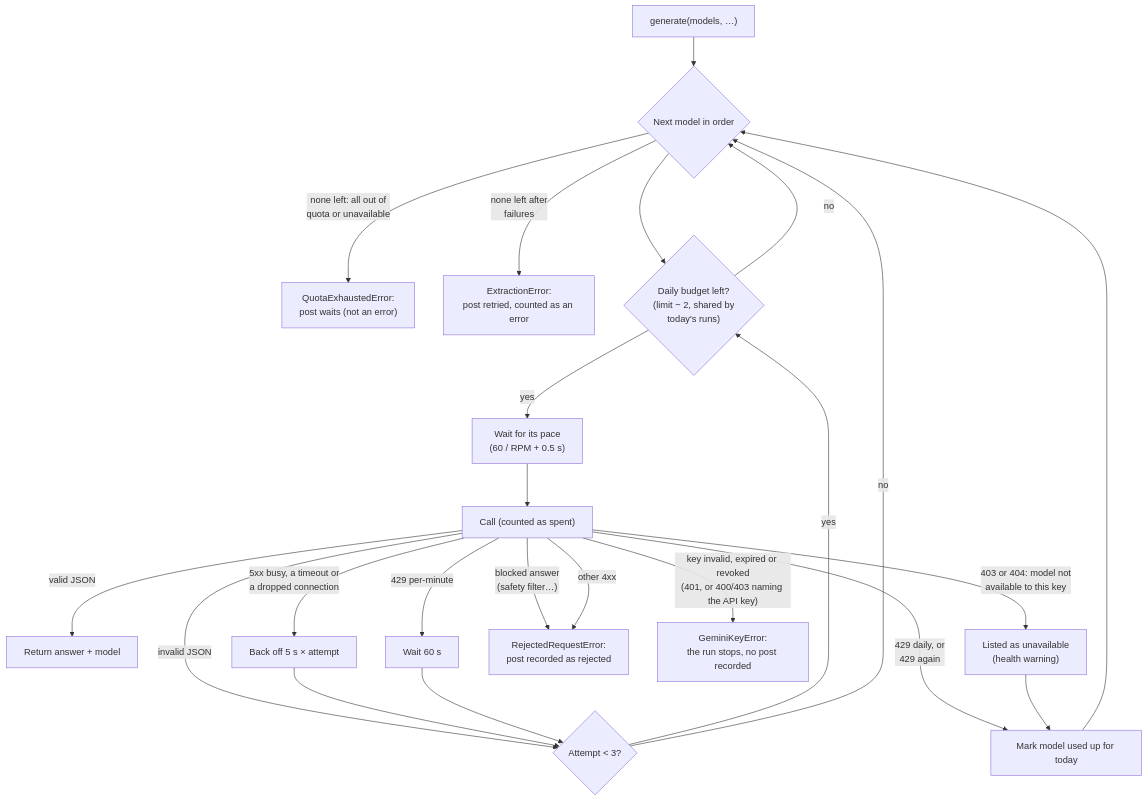
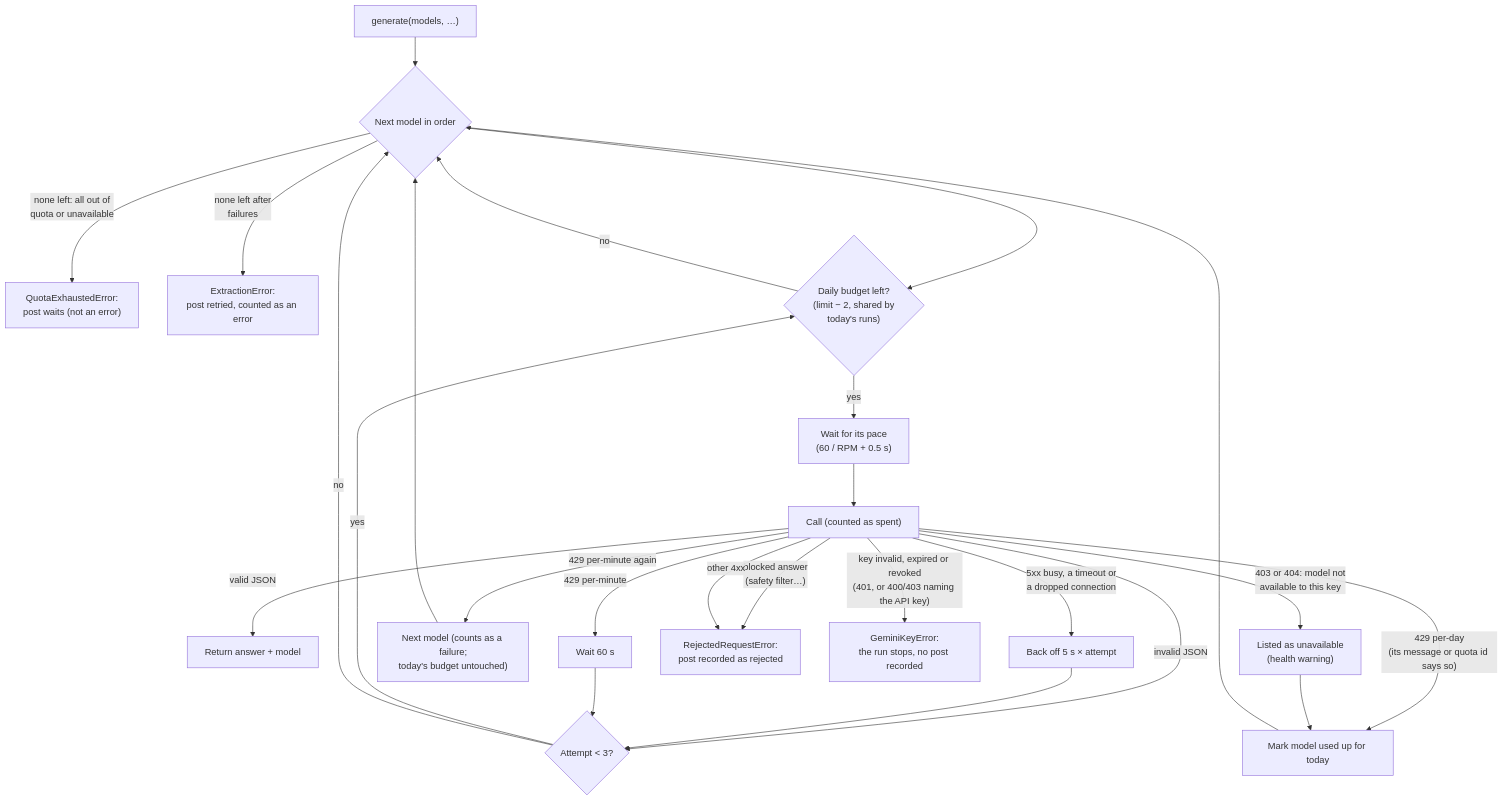
One commit to pa-bailar/backend changed the fifth of 12 diagrams in docs/ARCHITECTURE.md. Above: the diagram before and after it, drawn with Mermaid. The commit also changed other lines of this file and 2 other files, not shown here.

````diff
--- a/docs/ARCHITECTURE.md
+++ b/docs/ARCHITECTURE.md
@@ -554,20 +574,21 @@
 ```mermaid
 flowchart TD
     S["generate(models, …)"] --> M{"Next model in order"}
     M -->|"none left: all out of<br/>quota or unavailable"| Q["QuotaExhaustedError:<br/>post waits (not an error)"]
     M -->|"none left after<br/>failures"| E["ExtractionError:<br/>post retried, counted as an error"]
     M --> B{"Daily budget left?<br/>(limit − 2, shared by<br/>today's runs)"}
     B -->|no| M
     B -->|yes| PACE["Wait for its pace<br/>(60 / RPM + 0.5 s)"] --> CALL["Call (counted as spent)"]
     CALL -->|"valid JSON"| OK["Return answer + model"]
     CALL -->|"invalid JSON"| RETRY{"Attempt < 3?"}
     CALL -->|"5xx busy, a timeout or<br/>a dropped connection"| BACK["Back off 5 s × attempt"] --> RETRY
     CALL -->|"429 per-minute"| WAIT["Wait 60 s"] --> RETRY
-    CALL -->|"429 daily, or<br/>429 again"| EXH["Mark model used up for today"] --> M
+    CALL -->|"429 per-minute again"| BUSY["Next model (counts as a failure;<br/>today's budget untouched)"] --> M
+    CALL -->|"429 per-day<br/>(its message or quota id says so)"| EXH["Mark model used up for today"] --> M
     CALL -->|"403 or 404: model not<br/>available to this key"| UNAV["Listed as unavailable<br/>(health warning)"] --> EXH
     CALL -->|"blocked answer<br/>(safety filter…)"| REJ["RejectedRequestError:<br/>post recorded as rejected"]
     CALL -->|"key invalid, expired or revoked<br/>(401, or 400/403 naming the API key)"| KEY["GeminiKeyError:<br/>the run stops, no post recorded"]
     CALL -->|"other 4xx"| REJ
     RETRY -->|yes| B
     RETRY -->|no| M
 ```
````
